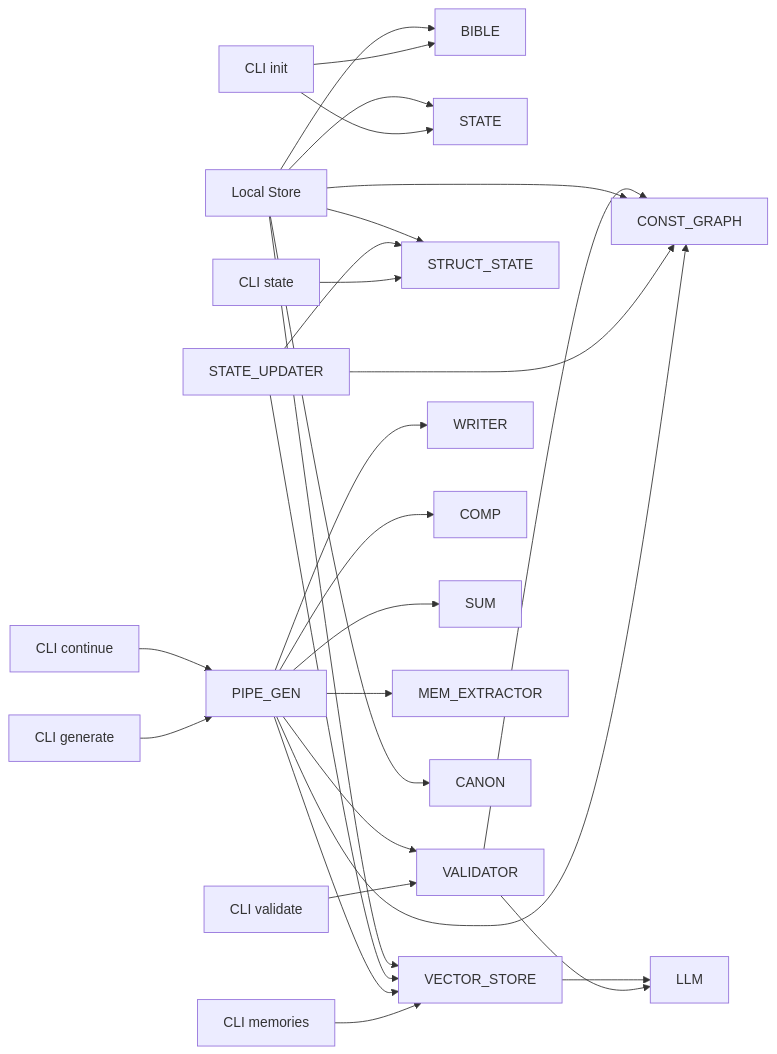
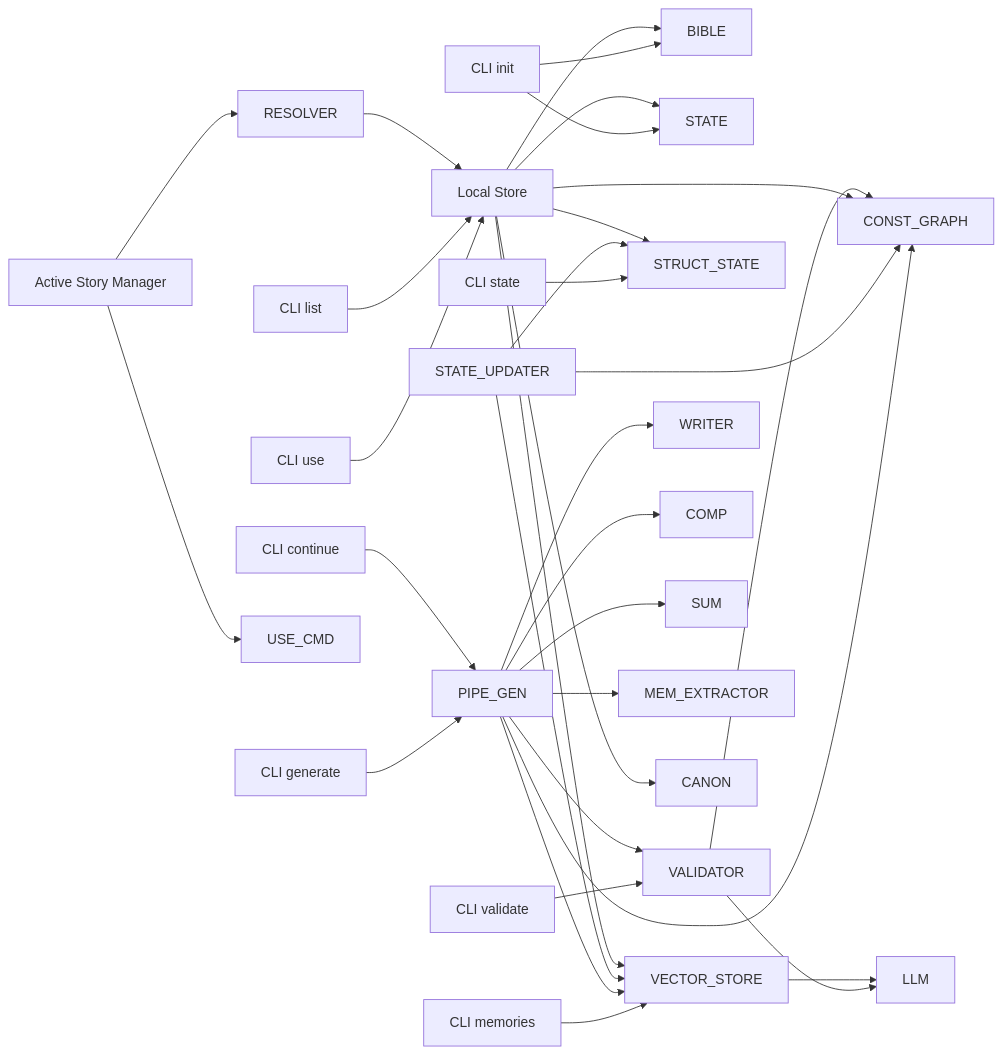
Diagram 18 of 18 in .qoder/repowiki/en/content/Story Management System/Story Management System.md (liwonder/NARRITIVE_OS), drawn with Mermaid before and after one commit. The commit also changed other lines of this file and 12 other files, not shown here.

````diff
--- a/.qoder/repowiki/en/content/Story Management System/Story Management System.md
+++ b/.qoder/repowiki/en/content/Story Management System/Story Management System.md
@@ -865,29 +1008,34 @@
 ```mermaid
 graph LR
 CLI_INIT["CLI init"] --> BIBLE
 CLI_INIT --> STATE
 CLI_GEN["CLI generate"] --> PIPE_GEN
 CLI_CONT["CLI continue"] --> PIPE_GEN
 CLI_MEMORIES["CLI memories"] --> VECTOR_STORE
 CLI_STATE["CLI state"] --> STRUCT_STATE
 CLI_VALIDATE["CLI validate"] --> VALIDATOR
+CLI_USE["CLI use"] --> STORE
+CLI_LIST["CLI list"] --> STORE
+ACTIVE_STORY["Active Story Manager"] --> USE_CMD
+ACTIVE_STORY --> RESOLVER
+RESOLVER --> STORE
 PIPE_GEN --> WRITER
 PIPE_GEN --> COMP
 PIPE_GEN --> SUM
 PIPE_GEN --> MEM_EXTRACTOR
 PIPE_GEN --> VECTOR_STORE
 PIPE_GEN --> CONST_GRAPH
 PIPE_GEN --> VALIDATOR
 STATE_UPDATER --> STRUCT_STATE
 STATE_UPDATER --> VECTOR_STORE
 STATE_UPDATER --> CONST_GRAPH
 STORE["Local Store"] --> BIBLE
 STORE --> STATE
 STORE --> STRUCT_STATE
 STORE --> CANON
 STORE --> VECTOR_STORE
 STORE --> CONST_GRAPH
 VALIDATOR --> CONST_GRAPH
 VALIDATOR --> LLM
 VECTOR_STORE --> LLM
 ```
````
